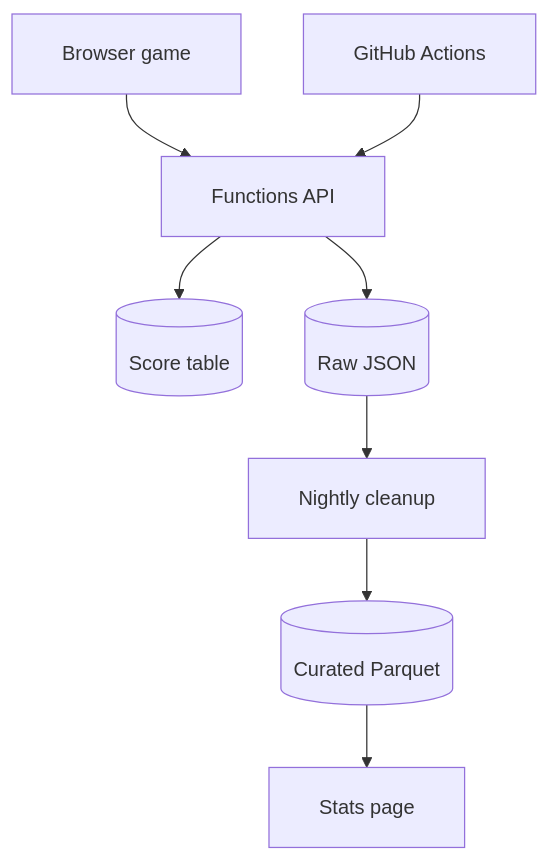
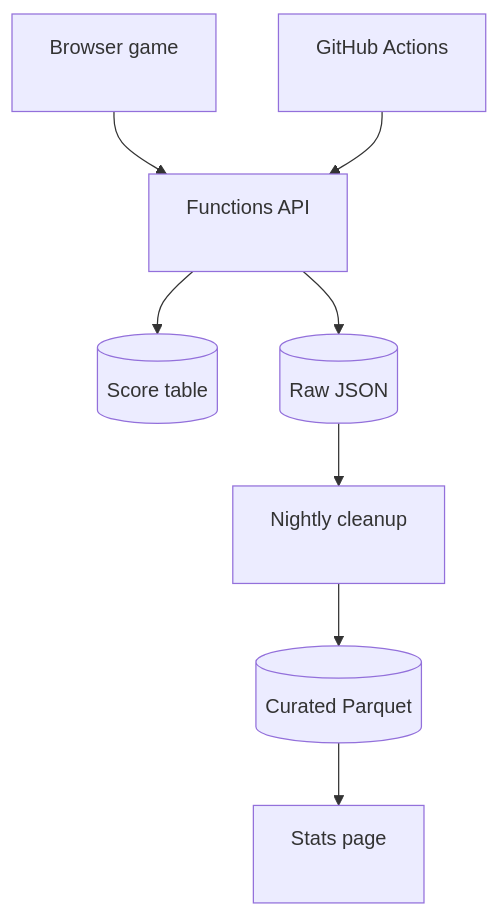
Before and after one commit to Gerlitek/zombiet-peli: the diagram in README.md, drawn with Mermaid.

Commit message:
Add an empty last line to rectangle labels so GitHub clips that instead of the text

````diff
--- a/README.md
+++ b/README.md
@@ -14,15 +14,10 @@
 ```mermaid
----
-config:
-  flowchart:
-    padding: 20
----
 flowchart TD
-    Game["Browser game"] --> API
-    GH["GitHub Actions"] --> API
-    API["Functions API"] --> Scores[("Score table")]
+    Game["Browser game<br/>&nbsp;"] --> API
+    GH["GitHub Actions<br/>&nbsp;"] --> API
+    API["Functions API<br/>&nbsp;"] --> Scores[("Score table")]
     API --> Raw[("Raw JSON")]
-    Raw --> Night["Nightly cleanup"]
+    Raw --> Night["Nightly cleanup<br/>&nbsp;"]
     Night --> Cur[("Curated Parquet")]
-    Cur --> Dash["Stats page"]
+    Cur --> Dash["Stats page<br/>&nbsp;"]
 ```
````
